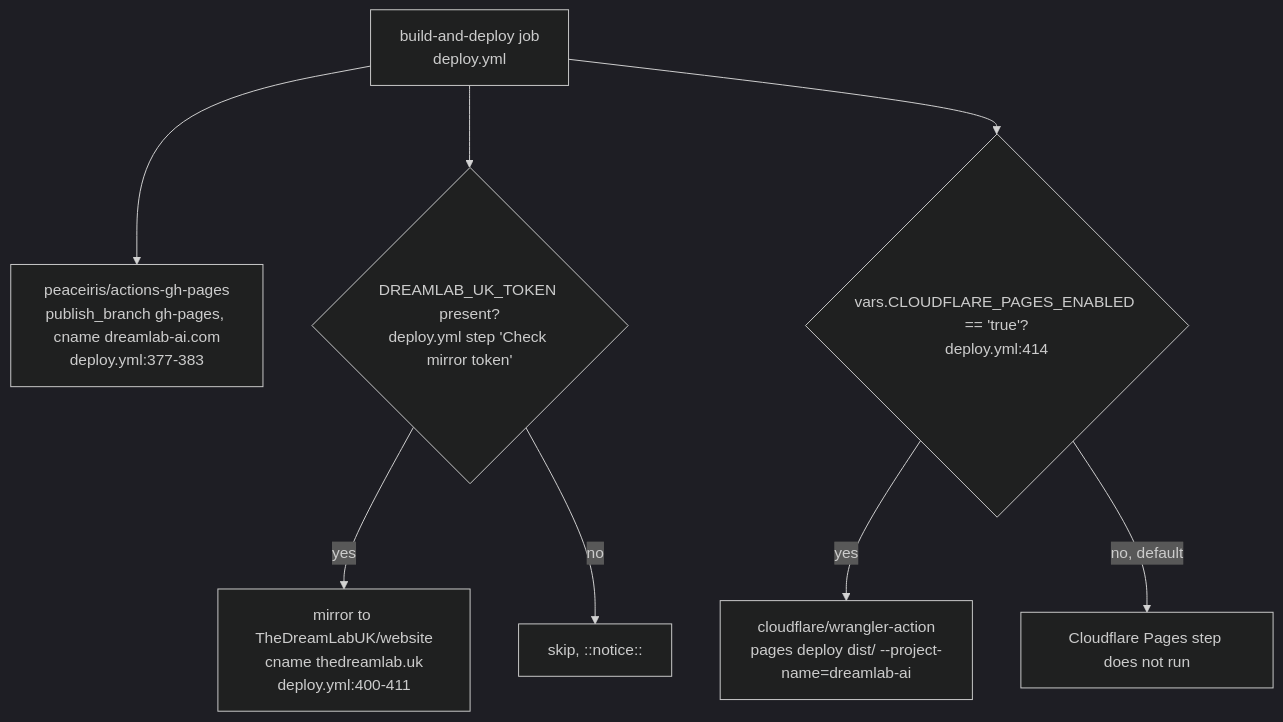
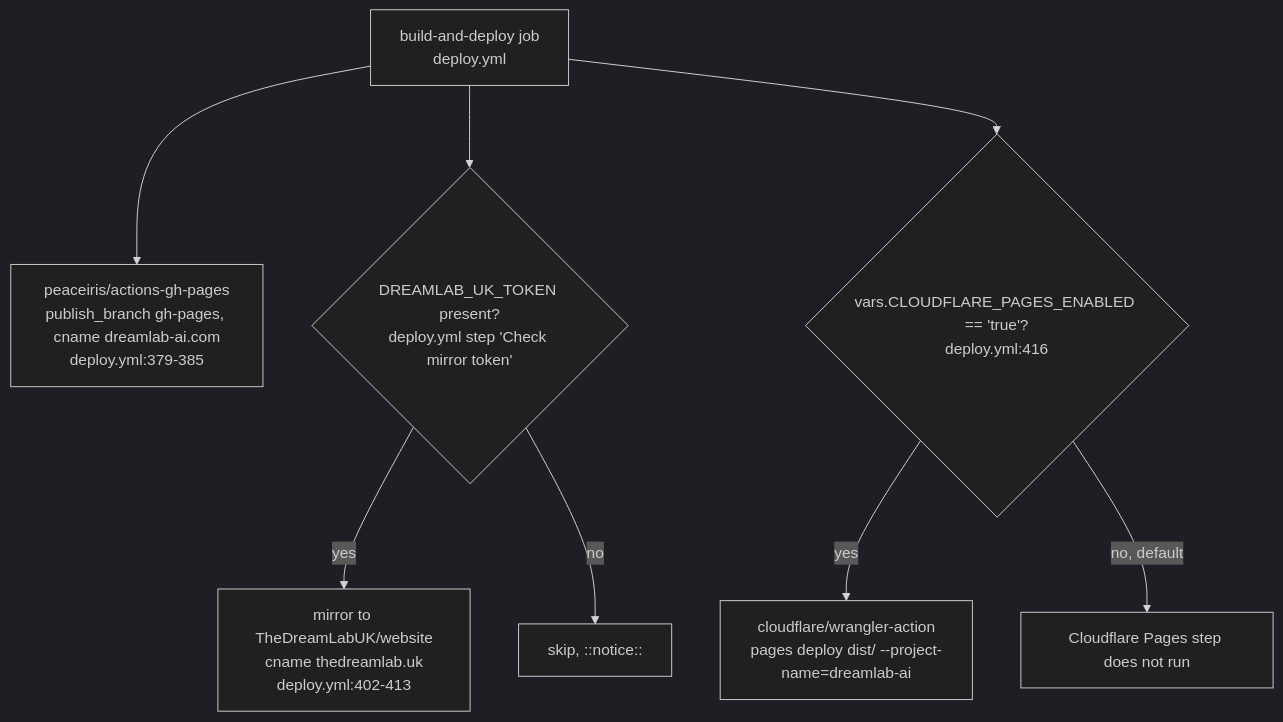
Before and after one commit to DreamLab-AI/VisionFlow: the third of 7 diagrams in docs/diagrams/dreamlab-ai-website/01-repo-composition-and-deploy-topology.md, drawn with Mermaid (dark theme). The commit also changed other lines of this file and 94 other files, not shown here.

First line of the commit message:
docs(diagrams): re-verify 130 topics against 2 October HEADs

````diff
--- a/docs/diagrams/dreamlab-ai-website/01-repo-composition-and-deploy-topology.md
+++ b/docs/diagrams/dreamlab-ai-website/01-repo-composition-and-deploy-topology.md
@@ -48,10 +48,10 @@
 ```mermaid
 flowchart TB
-    BUILD["build-and-deploy job<br/>deploy.yml"] --> GHPAGES["peaceiris/actions-gh-pages<br/>publish_branch gh-pages, cname dreamlab-ai.com<br/>deploy.yml:377-383"]
+    BUILD["build-and-deploy job<br/>deploy.yml"] --> GHPAGES["peaceiris/actions-gh-pages<br/>publish_branch gh-pages, cname dreamlab-ai.com<br/>deploy.yml:379-385"]
     BUILD --> MIRROR{"DREAMLAB_UK_TOKEN present?<br/>deploy.yml step 'Check mirror token'"}
-    MIRROR -->|yes| MIRRORDEPLOY["mirror to TheDreamLabUK/website<br/>cname thedreamlab.uk<br/>deploy.yml:400-411"]
+    MIRROR -->|yes| MIRRORDEPLOY["mirror to TheDreamLabUK/website<br/>cname thedreamlab.uk<br/>deploy.yml:402-413"]
     MIRROR -->|no| SKIP["skip, ::notice::"]
-    BUILD --> CFGATE{"vars.CLOUDFLARE_PAGES_ENABLED == 'true'?<br/>deploy.yml:414"}
+    BUILD --> CFGATE{"vars.CLOUDFLARE_PAGES_ENABLED == 'true'?<br/>deploy.yml:416"}
     CFGATE -->|yes| CFPAGES["cloudflare/wrangler-action<br/>pages deploy dist/ --project-name=dreamlab-ai"]
     CFGATE -->|no, default| CFOFF["Cloudflare Pages step does not run"]
 ```
````
